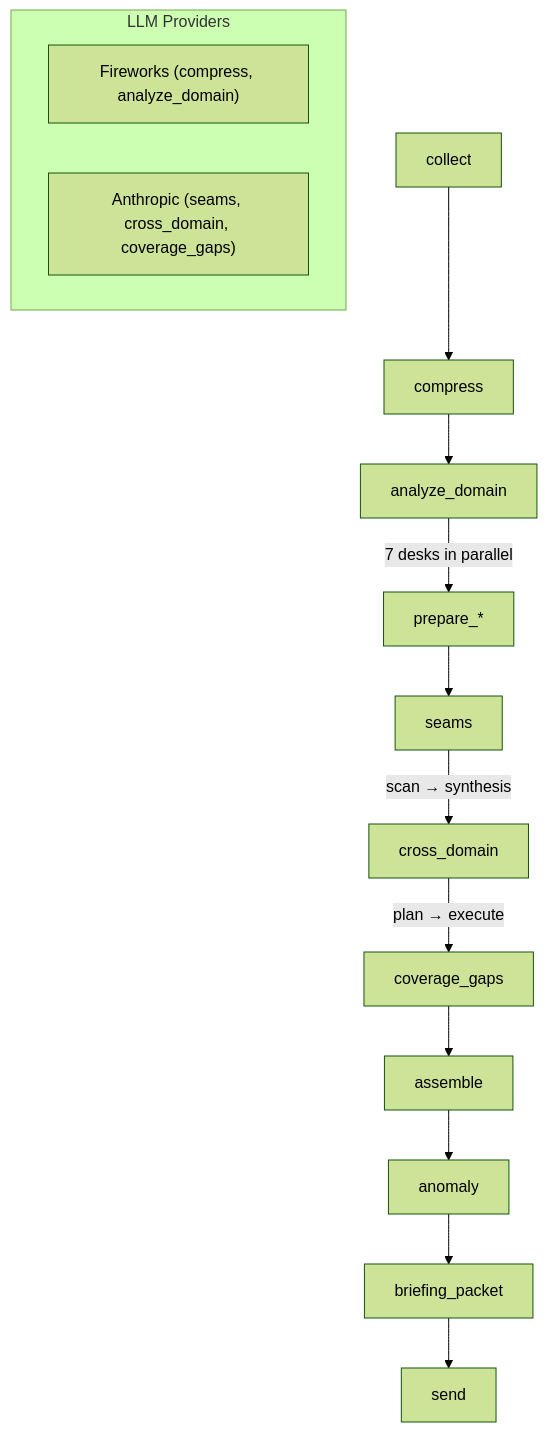
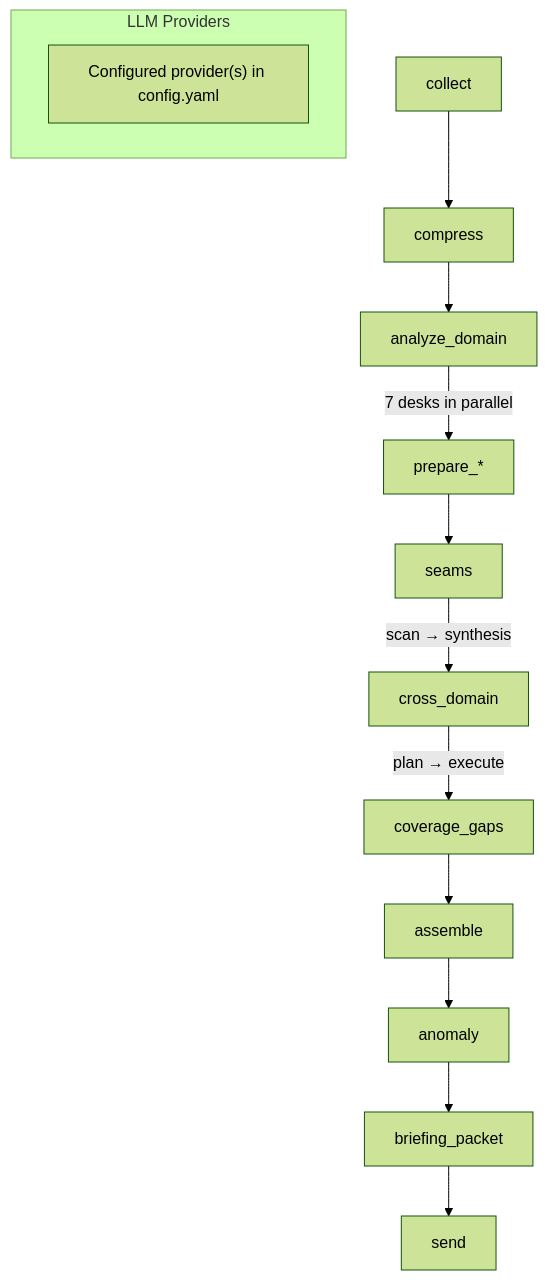
One commit to Aaron-Fine/morning-briefing changed the second of 2 diagrams in README.md. Above: the diagram before and after it, drawn with Mermaid (forest theme). The commit also changed other lines of this file, not shown here.

````diff
--- a/README.md
+++ b/README.md
@@ -56,18 +56,17 @@
 ```mermaid
 graph TD
     collect --> compress
     compress --> analyze_domain
     analyze_domain -->|"7 desks in parallel"| prepare["prepare_*"]
     prepare --> seams
     seams -->|"scan → synthesis"| cross_domain
     cross_domain -->|"plan → execute"| coverage_gaps
     coverage_gaps --> assemble
     assemble --> anomaly
     anomaly --> briefing_packet
     briefing_packet --> send
 
     subgraph LLM Providers
-        FW["Fireworks (compress, analyze_domain)"]
-        AN["Anthropic (seams, cross_domain, coverage_gaps)"]
+        CFG["Configured provider(s) in config.yaml"]
     end
 ```
````
